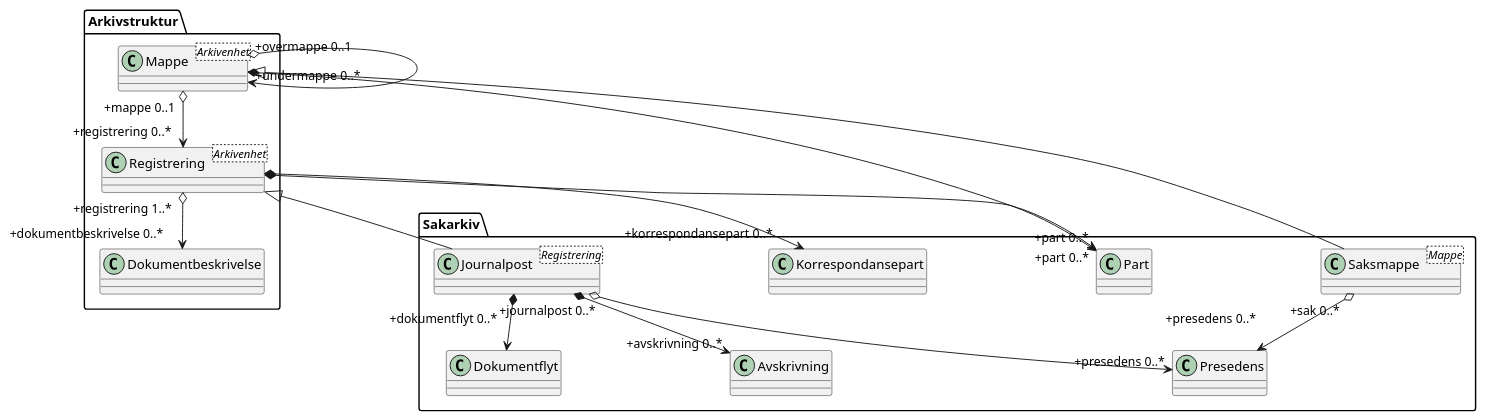
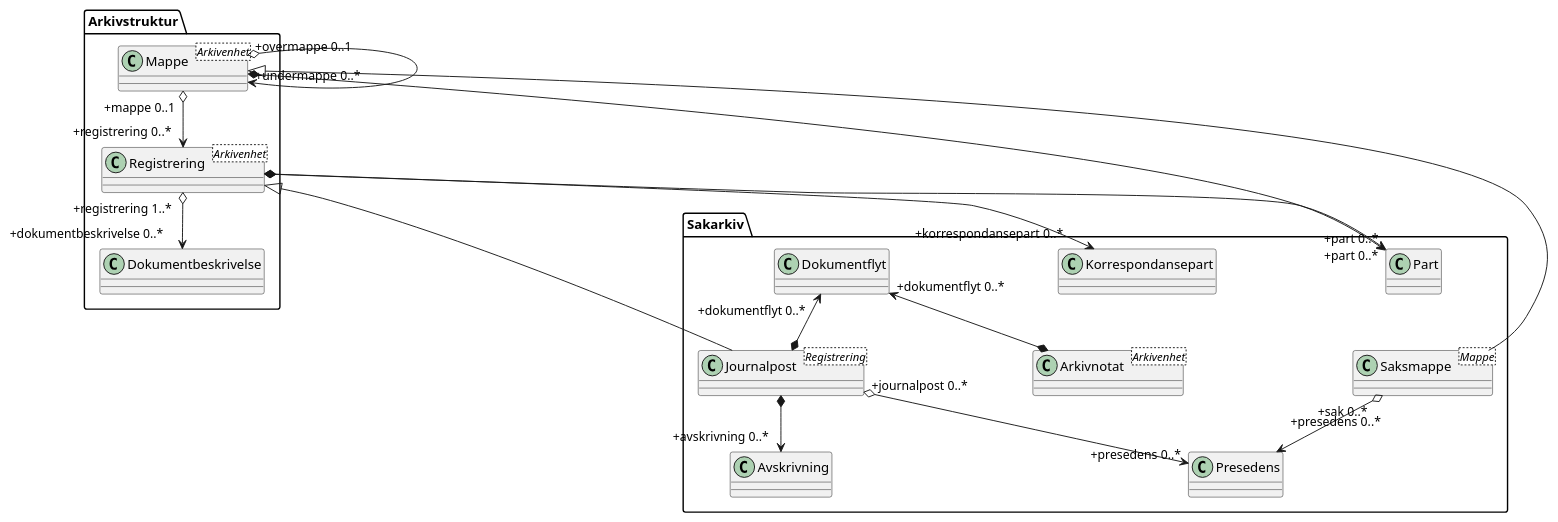
The diagram in kapitler/media/uml-sakarkiv-entiteter.puml (arkivverket/noark5-tjenestegrensesnitt-standard), drawn with PlantUML before and after one commit. The commit also changed 1 other file, not shown here.

Commit message:
Legg inn Arkivnotat i UML-diagram relatert til Sakarkiv, og forbedre utlegg av entitetene.

```diff
--- a/kapitler/media/uml-sakarkiv-entiteter.puml
+++ b/kapitler/media/uml-sakarkiv-entiteter.puml
@@ -1,24 +1,27 @@
 @startuml uml-sakarkiv-entiteter.puml
 skinparam classAttributeIconSize 0
 skinparam nodesep 180
 
 class Arkivstruktur.Mappe <Arkivenhet>
 class Arkivstruktur.Registrering <Arkivenhet>
 class Sakarkiv.Journalpost <Registrering>
 class Sakarkiv.Saksmappe <Mappe>
+class Sakarkiv.Arkivnotat <Arkivenhet>
 
 Arkivstruktur.Registrering <|-- Sakarkiv.Journalpost
-Arkivstruktur.Mappe <|- Sakarkiv.Saksmappe
+Arkivstruktur.Mappe <|-- Sakarkiv.Saksmappe
 
 Arkivstruktur.Mappe "+mappe 0..1" o--> "+registrering 0..*" Arkivstruktur.Registrering
 Arkivstruktur.Mappe "+overmappe 0..1" o--> "+undermappe 0..*" Arkivstruktur.Mappe
 Arkivstruktur.Mappe *-> "+part 0..*" Sakarkiv.Part
 Arkivstruktur.Registrering *-> "+part 0..*" Sakarkiv.Part
 Sakarkiv.Saksmappe "+sak 0..*" o--> "+presedens 0..*\n" Sakarkiv.Presedens
 Sakarkiv.Journalpost "+journalpost 0..*" o--> "+presedens 0..*" Sakarkiv.Presedens
 
 Arkivstruktur.Registrering *--> "+korrespondansepart 0..*" Sakarkiv.Korrespondansepart
 Sakarkiv.Journalpost *--> "+avskrivning 0..*" Sakarkiv.Avskrivning
-Sakarkiv.Journalpost *--> "+dokumentflyt 0..*\n" Sakarkiv.Dokumentflyt
+Sakarkiv.Dokumentflyt "+dokumentflyt 0..*" <--* Sakarkiv.Journalpost
+Sakarkiv.Dokumentflyt "+dokumentflyt 0..*" <--* Sakarkiv.Arkivnotat
+
 Arkivstruktur.Registrering "+registrering 1..*" o--> "+dokumentbeskrivelse 0..*" Arkivstruktur.Dokumentbeskrivelse 
 @enduml
```
